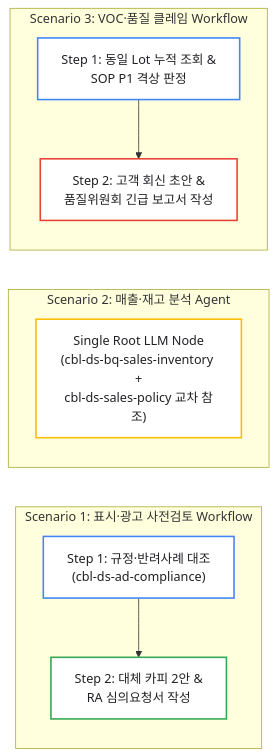
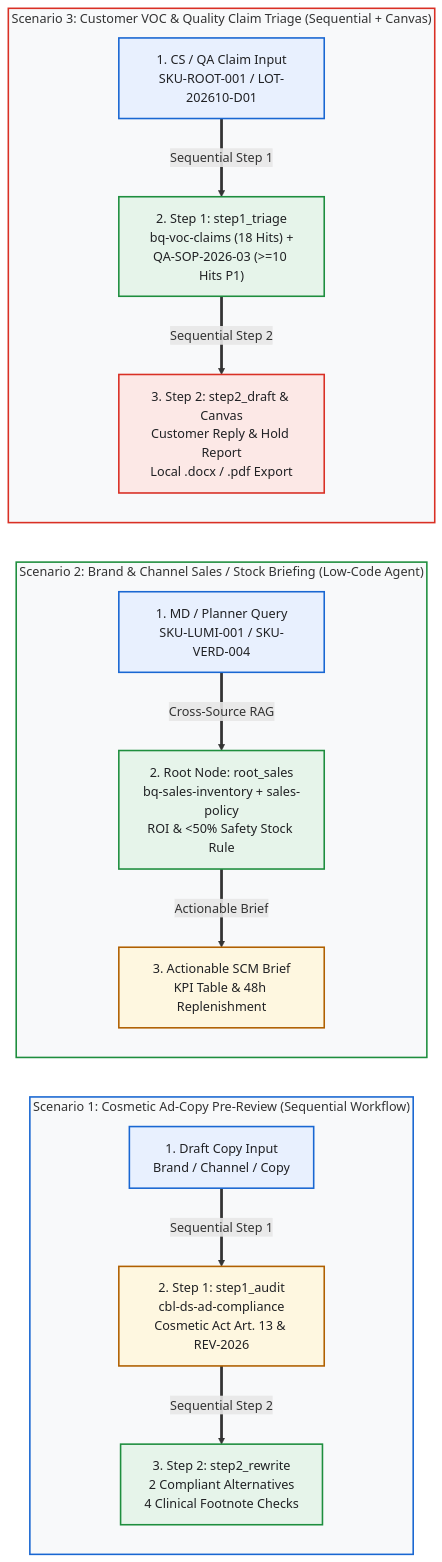
The diagram in labs/task03_ge_agents_workflows.md (rhkim77/ge-agy-basic), drawn with Mermaid before and after one commit. The commit also changed other lines of this file and 22 other files, not shown here.

Commit message:
docs: humanize Korean lab guides and add high-DPI GCP/Mermaid/Draw.io diagrams

````diff
--- a/labs/task03_ge_agents_workflows.md
+++ b/labs/task03_ge_agents_workflows.md
@@ -20,17 +12,32 @@
 ```mermaid
 flowchart LR
-    subgraph S1["Scenario 1: 표시·광고 사전검토 Workflow"]
-        S1A["Step 1: 규정·반려사례 대조<br/>(cbl-ds-ad-compliance)"] --> S1B["Step 2: 대체 카피 2안 &<br/>RA 심의요청서 작성"]
+    classDef gcpBlue fill:#E8F0FE,stroke:#1967D2,stroke-width:2px,color:#202124
+    classDef gcpGreen fill:#E6F4EA,stroke:#1E8E3E,stroke-width:2px,color:#202124
+    classDef gcpYellow fill:#FEF7E0,stroke:#B06000,stroke-width:2px,color:#202124
+    classDef gcpRed fill:#FCE8E6,stroke:#D93025,stroke-width:2px,color:#202124
+
+    subgraph SG_S1 ["Scenario 1: Cosmetic Ad-Copy Pre-Review (Sequential Workflow)"]
+        S1_IN["1. Draft Copy Input<br/>Brand / Channel / Copy"]:::gcpBlue
+        S1_N1["2. Step 1: step1_audit<br/>cbl-ds-ad-compliance<br/>Cosmetic Act Art. 13 & REV-2026"]:::gcpYellow
+        S1_N2["3. Step 2: step2_rewrite<br/>2 Compliant Alternatives<br/>4 Clinical Footnote Checks"]:::gcpGreen
+        S1_IN ==>|"Sequential Step 1"| S1_N1 ==>|"Sequential Step 2"| S1_N2
     end
-    subgraph S2["Scenario 2: 매출·재고 분석 Agent"]
-        S2A["Single Root LLM Node<br/>(cbl-ds-bq-sales-inventory +<br/>cbl-ds-sales-policy 교차 참조)"]
+
+    subgraph SG_S2 ["Scenario 2: Brand & Channel Sales / Stock Briefing (Low-Code Agent)"]
+        S2_IN["1. MD / Planner Query<br/>SKU-LUMI-001 / SKU-VERD-004"]:::gcpBlue
+        S2_N1["2. Root Node: root_sales<br/>bq-sales-inventory + sales-policy<br/>ROI & <50% Safety Stock Rule"]:::gcpGreen
+        S2_OUT["3. Actionable SCM Brief<br/>KPI Table & 48h Replenishment"]:::gcpYellow
+        S2_IN ==>|"Cross-Source RAG"| S2_N1 ==>|"Actionable Brief"| S2_OUT
     end
-    subgraph S3["Scenario 3: VOC·품질 클레임 Workflow"]
-        S3A["Step 1: 동일 Lot 누적 조회 &<br/>SOP P1 격상 판정"] --> S3B["Step 2: 고객 회신 초안 &<br/>품질위원회 긴급 보고서 작성"]
+
+    subgraph SG_S3 ["Scenario 3: Customer VOC & Quality Claim Triage (Sequential + Canvas)"]
+        S3_IN["1. CS / QA Claim Input<br/>SKU-ROOT-001 / LOT-202610-D01"]:::gcpBlue
+        S3_N1["2. Step 1: step1_triage<br/>bq-voc-claims (18 Hits) +<br/>QA-SOP-2026-03 (>=10 Hits P1)"]:::gcpGreen
+        S3_N2["3. Step 2: step2_draft & Canvas<br/>Customer Reply & Hold Report<br/>Local .docx / .pdf Export"]:::gcpRed
+        S3_IN ==>|"Sequential Step 1"| S3_N1 ==>|"Sequential Step 2"| S3_N2
     end
-    style S1A fill:#FFFFFF,stroke:#4285F4,stroke-width:2px,color:#202124
-    style S1B fill:#FFFFFF,stroke:#34A853,stroke-width:2px,color:#202124
-    style S2A fill:#FFFFFF,stroke:#FBBC04,stroke-width:2px,color:#202124
-    style S3A fill:#FFFFFF,stroke:#4285F4,stroke-width:2px,color:#202124
-    style S3B fill:#FFFFFF,stroke:#EA4335,stroke-width:2px,color:#202124
+
+    style SG_S1 fill:#F8F9FA,stroke:#1967D2,stroke-width:2px
+    style SG_S2 fill:#F8F9FA,stroke:#1E8E3E,stroke-width:2px
+    style SG_S3 fill:#F8F9FA,stroke:#D93025,stroke-width:2px
 ```
````
